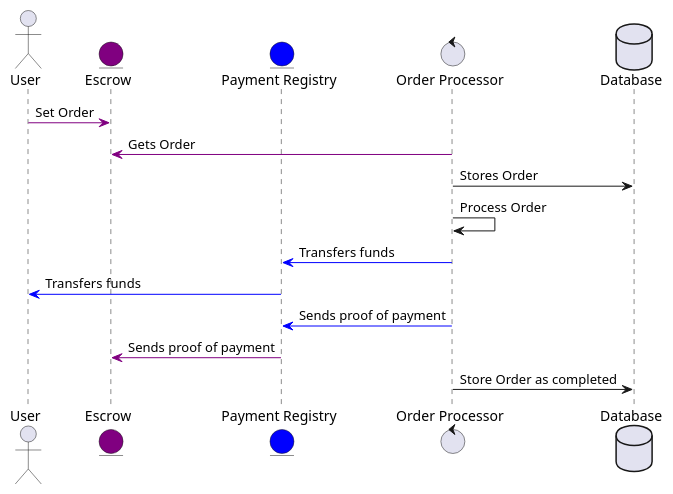
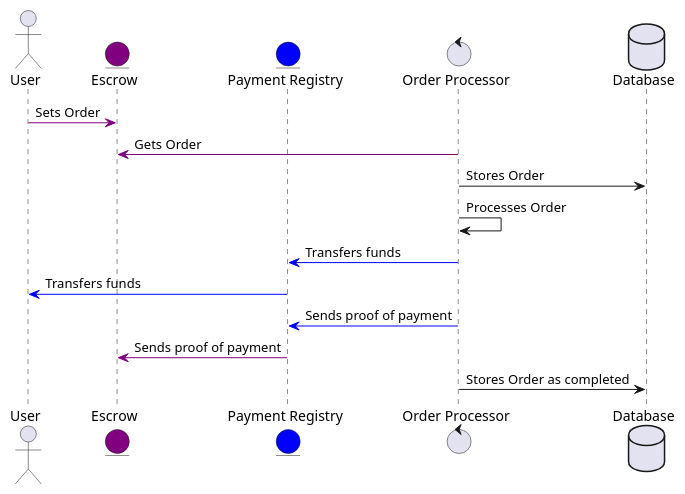
Before and after one commit to yetanotherco/yet-another-bridge: the diagram in mm-bot/docs/diagrams/order_processing.puml, drawn with PlantUML. The commit also changed 7 other files, not shown here.

Commit message:
docs(mm-bot): README improvements and grammar check docs(mm-bot): improve diagrams

```diff
--- a/mm-bot/docs/diagrams/order_processing.puml
+++ b/mm-bot/docs/diagrams/order_processing.puml
@@ -1,19 +1,19 @@
 @startuml
 actor User as U
 entity Escrow as E #purple
 entity "Payment Registry" as PR #blue
 control "Order Processor" as OP
 database Database
 
-U -[#purple]> E : Set Order
+U -[#purple]> E : Sets Order
 OP -[#purple]> E : Gets Order
 OP -> Database : Stores Order
-OP -> OP : Process Order
+OP -> OP : Processes Order
 OP -[#blue]> PR : Transfers funds
 PR -[#blue]> U: Transfers funds
 OP -[#blue]> PR : Sends proof of payment
 PR -[#purple]> E : Sends proof of payment
-OP -> Database : Store Order as completed
+OP -> Database : Stores Order as completed
 
 
 @enduml
```
